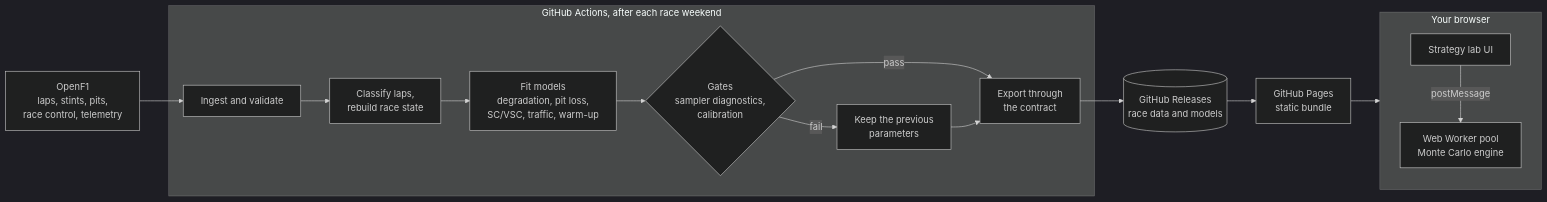
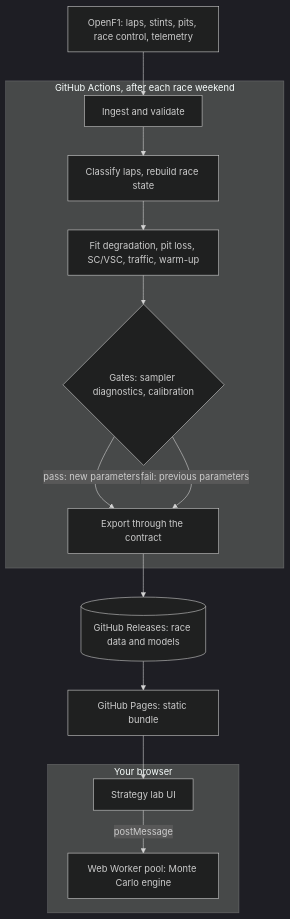
The diagram in README.md (tomeelow/pit-wall), drawn with Mermaid (dark theme) before and after one commit.

Commit message:
docs: lay the architecture diagram out top-down

````diff
--- a/README.md
+++ b/README.md
@@ -22,18 +22,17 @@
 ```mermaid
-flowchart LR
-  O[OpenF1<br/>laps, stints, pits,<br/>race control, telemetry] --> I
+flowchart TD
+  O[OpenF1: laps, stints, pits, race control, telemetry] --> I
   subgraph A [GitHub Actions, after each race weekend]
-    I[Ingest and validate] --> C[Classify laps,<br/>rebuild race state]
-    C --> F[Fit models<br/>degradation, pit loss,<br/>SC/VSC, traffic, warm-up]
-    F --> G{Gates<br/>sampler diagnostics,<br/>calibration}
-    G -- pass --> E[Export through<br/>the contract]
-    G -- fail --> K[Keep the previous<br/>parameters]
-    K --> E
+    I[Ingest and validate] --> C[Classify laps, rebuild race state]
+    C --> F[Fit degradation, pit loss, SC/VSC, traffic, warm-up]
+    F --> G{Gates: sampler diagnostics, calibration}
+    G -- pass: new parameters --> E[Export through the contract]
+    G -- fail: previous parameters --> E
   end
-  E --> R[(GitHub Releases<br/>race data and models)]
-  R --> P[GitHub Pages<br/>static bundle]
-  P --> B
+  E --> R[(GitHub Releases: race data and models)]
+  R --> P[GitHub Pages: static bundle]
+  P --> U
   subgraph B [Your browser]
-    U[Strategy lab UI] -- postMessage --> W[Web Worker pool<br/>Monte Carlo engine]
+    U[Strategy lab UI] -- postMessage --> W[Web Worker pool: Monte Carlo engine]
   end
 ```
````
